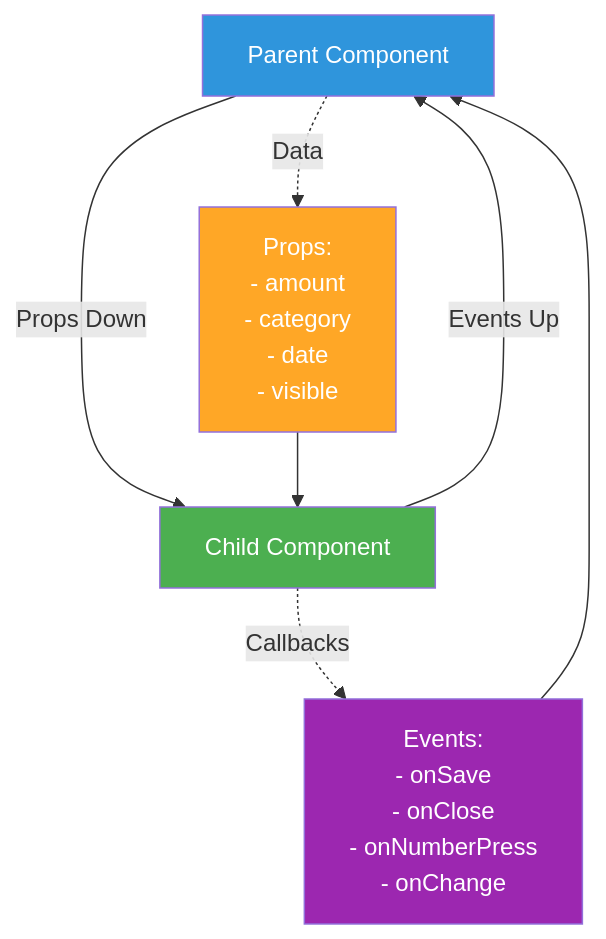
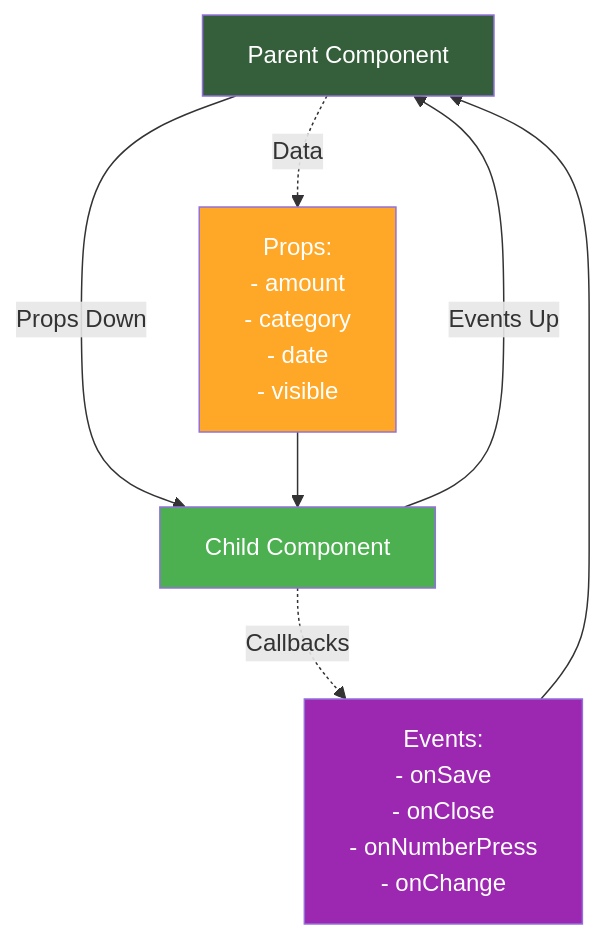
The third of 4 diagrams in docs/04-component-development.mdx (timhpark01/BasicBudget), drawn with Mermaid before and after one commit. The commit also changed other lines of this file and 43 other files, not shown here.

````diff
--- a/docs/04-component-development.mdx
+++ b/docs/04-component-development.mdx
@@ -564,19 +564,19 @@
 ```mermaid
 flowchart TB
     Parent[Parent Component]
     Child[Child Component]
 
     Parent -->|Props Down| Child
     Child -->|Events Up| Parent
 
     Parent -.Data.-> Props[Props:<br/>- amount<br/>- category<br/>- date<br/>- visible]
     Props --> Child
 
     Child -.Callbacks.-> Events[Events:<br/>- onSave<br/>- onClose<br/>- onNumberPress<br/>- onChange]
     Events --> Parent
 
-    style Parent fill:#2f95dc,color:#fff
+    style Parent fill:#355e3b,color:#fff
     style Child fill:#4CAF50,color:#fff
     style Props fill:#FFA726,color:#fff
     style Events fill:#9C27B0,color:#fff
 ```
````
